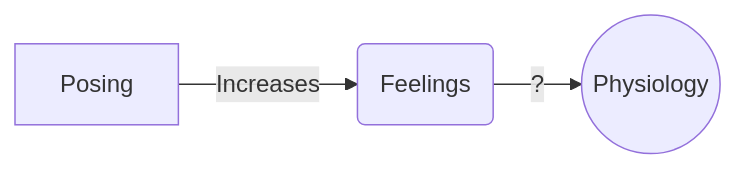
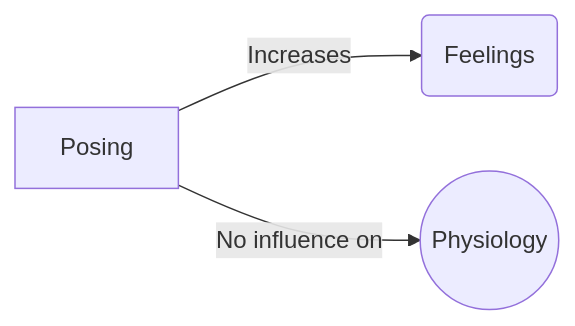
Before and after one commit to psu-psychology/psych-490-reproducibility-2023-fall: the seventh of 8 diagrams in src/notes/wk09-2023-10-18.qmd, drawn with Mermaid. The commit also changed other lines of this file and 5 other files, not shown here.

````diff
--- a/src/notes/wk09-2023-10-18.qmd
+++ b/src/notes/wk09-2023-10-18.qmd
@@ -308,5 +325,6 @@
 ```{mermaid}
+%%| fig-height: 6.5
 flowchart LR
   A[Posing] -->|Increases|B(Feelings)
-  B -->|?|C((Physiology))
+  A -->|No influence on|C((Physiology))
 ```
````
